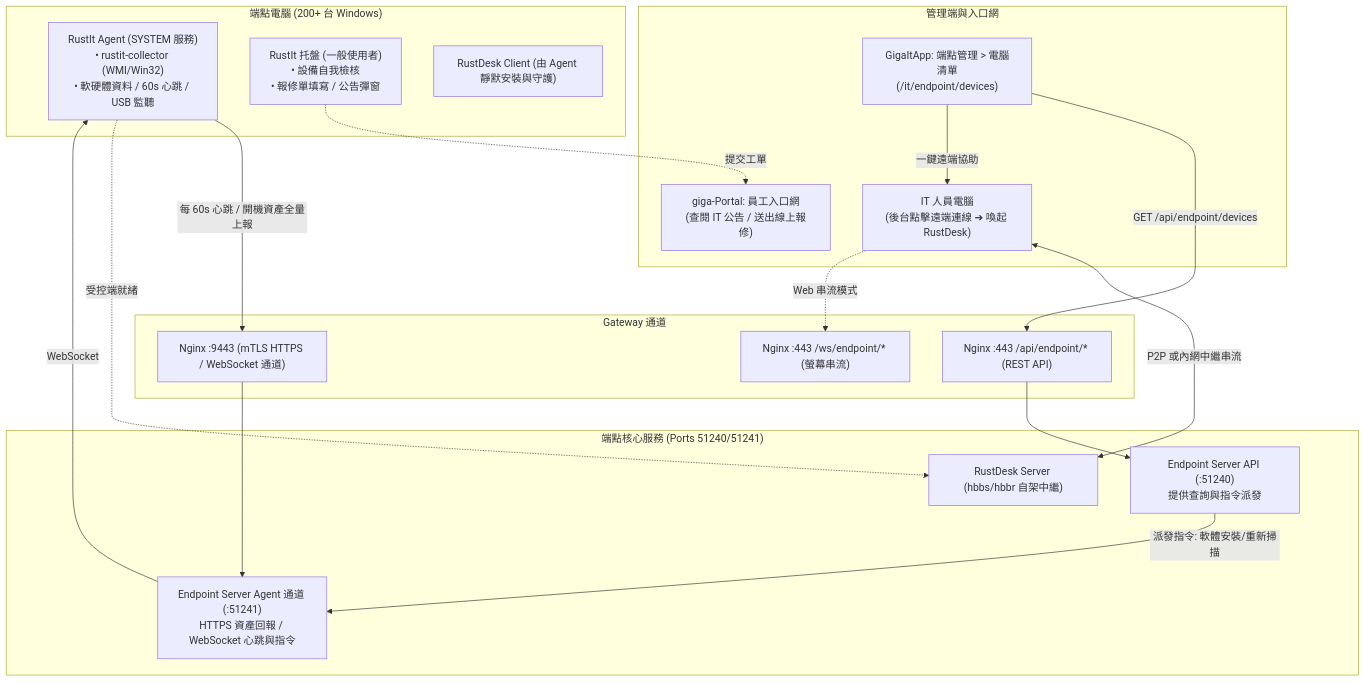
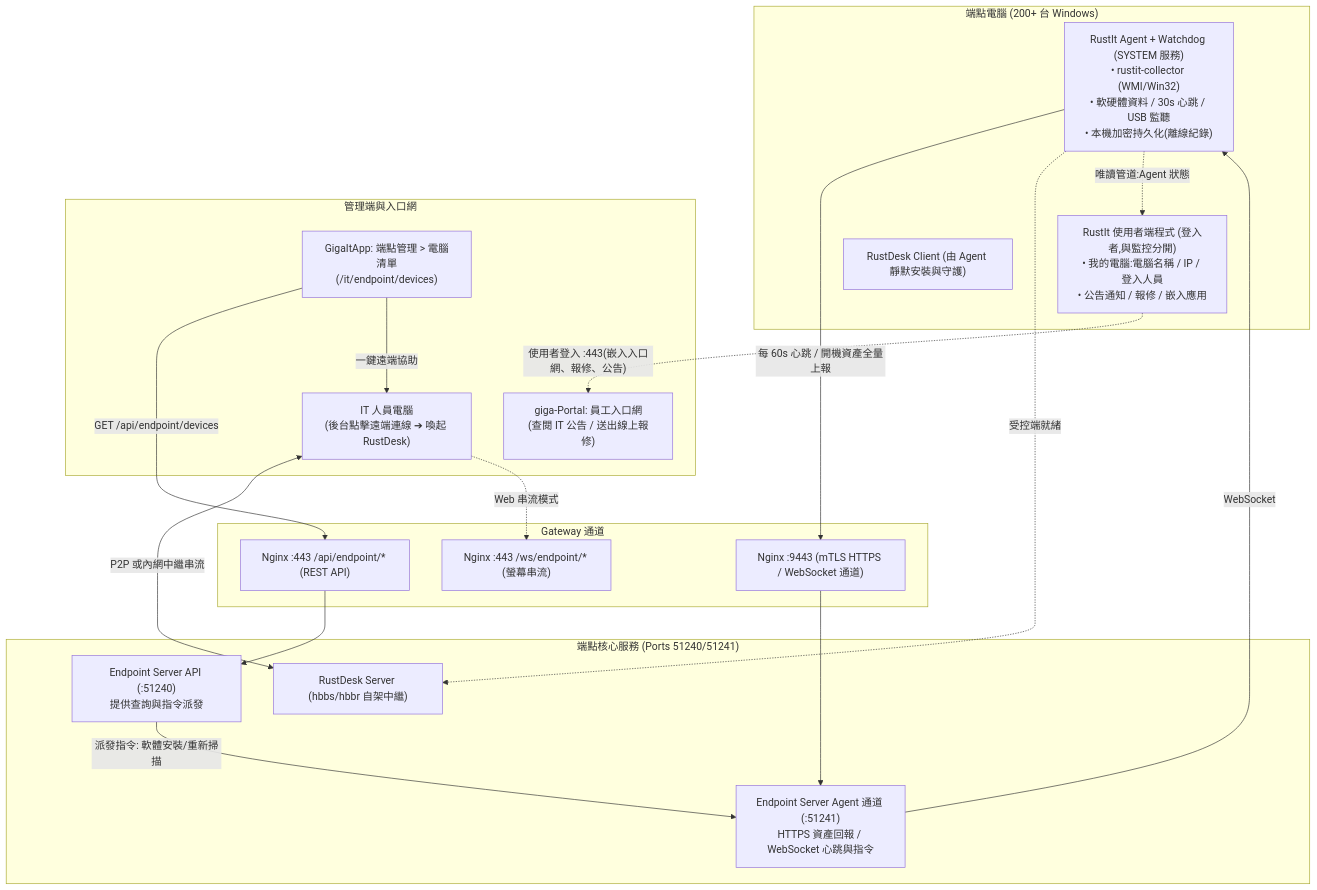
One commit to WeiWeicode/GigaNexusAI changed the fourth of 4 diagrams in PROJECT-MAP.md. Above: the diagram before and after it, drawn with Mermaid. The commit also changed other lines of this file and 1 other file, not shown here.

First line of the commit message:
docs: RustIt 第二階段框架定案(PROJECT-MAP、workspace.json)

````diff
--- a/PROJECT-MAP.md
+++ b/PROJECT-MAP.md
@@ -263,38 +263,39 @@
 ```mermaid
 flowchart TD
     subgraph Endpoints ["端點電腦 (200+ 台 Windows)"]
-        Agent["RustIt Agent (SYSTEM 服務)<br/>• rustit-collector (WMI/Win32)<br/>• 軟硬體資料 / 60s 心跳 / USB 監聽"]
-        Tray["RustIt 托盤 (一般使用者)<br/>• 設備自我檢核<br/>• 報修單填寫 / 公告彈窗"]
+        Agent["RustIt Agent + Watchdog (SYSTEM 服務)<br/>• rustit-collector (WMI/Win32)<br/>• 軟硬體資料 / 30s 心跳 / USB 監聽<br/>• 本機加密持久化(離線紀錄)"]
+        Tray["RustIt 使用者端程式 (登入者,與監控分開)<br/>• 我的電腦:電腦名稱 / IP / 登入人員<br/>• 公告通知 / 報修 / 嵌入應用"]
         RDC["RustDesk Client (由 Agent 靜默安裝與守護)"]
     end
 
     subgraph GatewayChannel ["Gateway 通道"]
         Port9443["Nginx :9443 (mTLS HTTPS / WebSocket 通道)"]
         Port443_WS["Nginx :443 /ws/endpoint/* (螢幕串流)"]
         Port443_API["Nginx :443 /api/endpoint/* (REST API)"]
     end
 
     subgraph EndpointCore ["端點核心服務 (Ports 51240/51241)"]
         EPS_Agent["Endpoint Server Agent 通道 (:51241)<br/>HTTPS 資產回報 / WebSocket 心跳與指令"]
         EPS_REST["Endpoint Server API (:51240)<br/>提供查詢與指令派發"]
         RDS["RustDesk Server (hbbs/hbbr 自架中繼)"]
     end
 
     subgraph Consoles ["管理端與入口網"]
         ItDevices["GigaItApp: 端點管理 > 電腦清單<br/>(/it/endpoint/devices)"]
         ItRemote["IT 人員電腦<br/>(後台點擊遠端連線 ➔ 喚起 RustDesk)"]
         PortalUser["giga-Portal: 員工入口網<br/>(查閱 IT 公告 / 送出線上報修)"]
     end
 
     %% 連線
     Agent -->|"每 60s 心跳 / 開機資產全量上報"| Port9443 --> EPS_Agent
     Agent -.->|"受控端就緒"| RDS
 
     ItDevices -->|GET /api/endpoint/devices| Port443_API --> EPS_REST
     ItDevices -->|"一鍵遠端協助"| ItRemote
     ItRemote <-->|"P2P 或內網中繼串流"| RDS
     ItRemote -.->|Web 串流模式| Port443_WS
 
-    Tray -.->|"提交工單"| PortalUser
+    Tray -.->|"使用者登入 :443(嵌入入口網、報修、公告)"| PortalUser
+    Agent -.->|"唯讀管道:Agent 狀態"| Tray
     EPS_REST -->|"派發指令: 軟體安裝/重新掃描"| EPS_Agent -->|WebSocket| Agent
 ```
````
